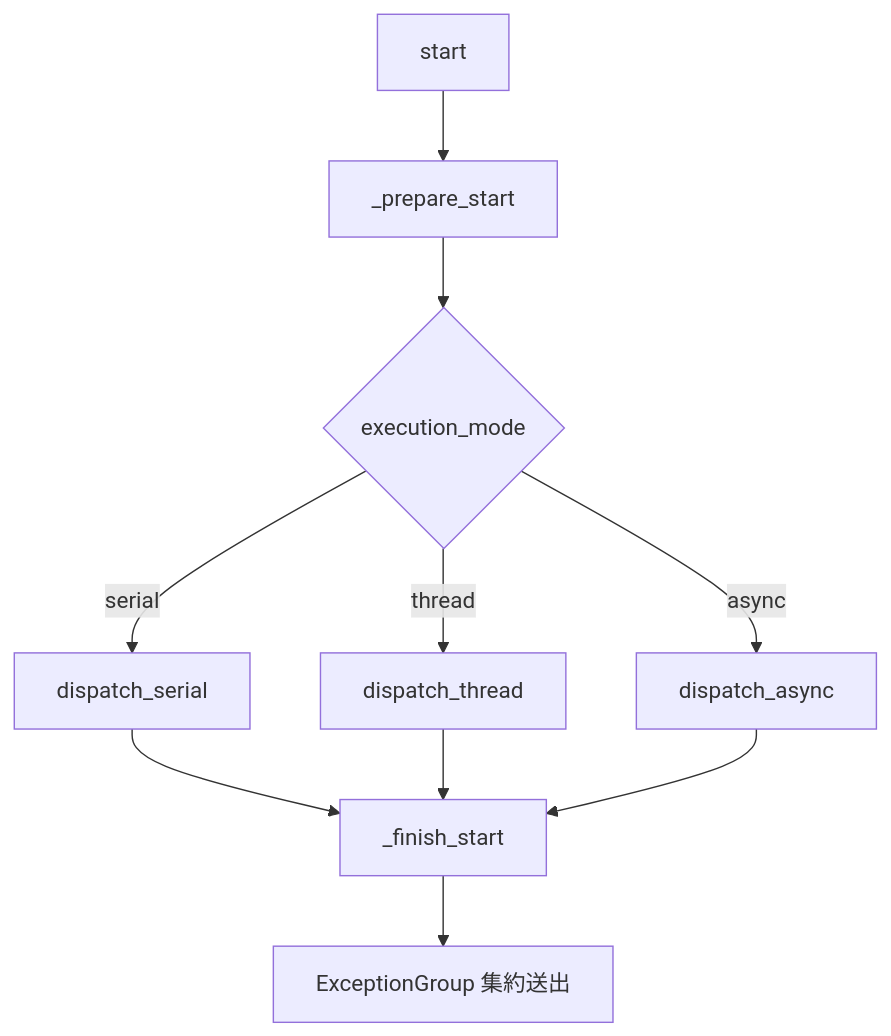
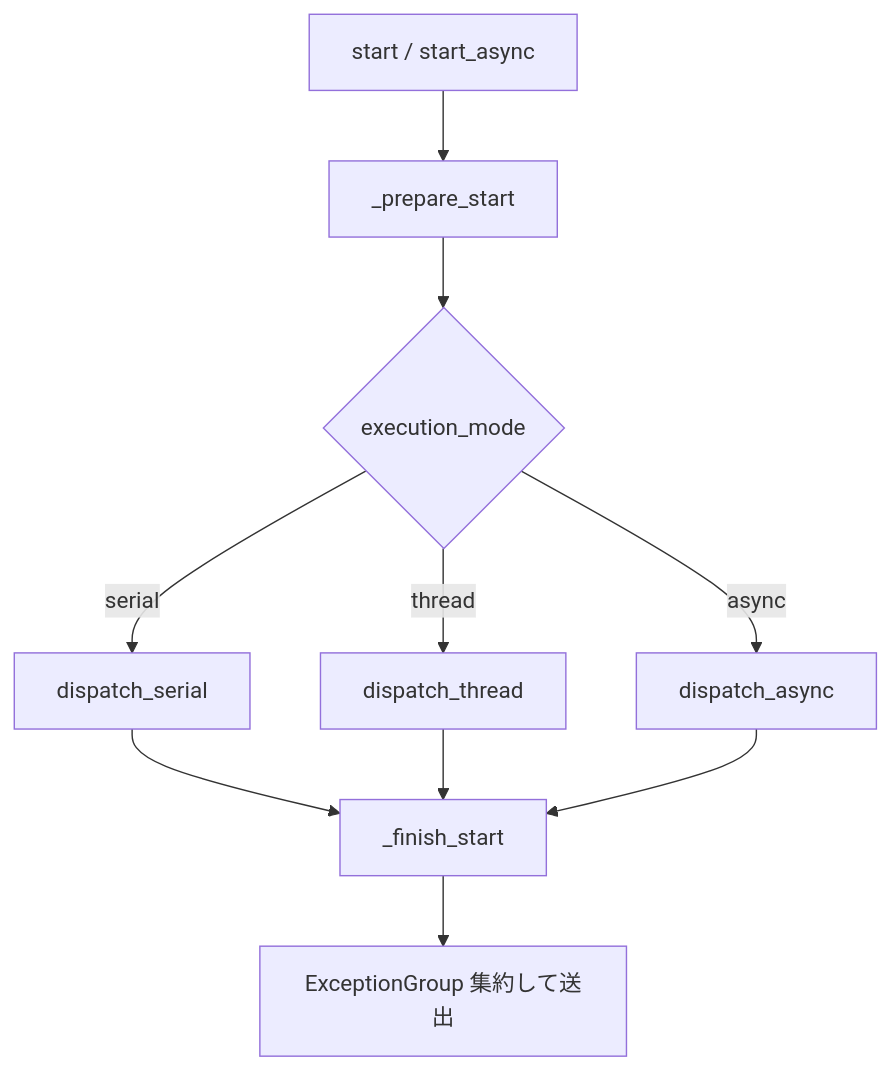
One commit to Mr-xiaotian/CelestialFlow changed the diagram in docs/ja/tests/node/test_node.md. Above: the diagram before and after it, drawn with Mermaid. The commit also changed other lines of this file and 211 other files, not shown here.

````diff
--- a/docs/ja/tests/node/test_node.md
+++ b/docs/ja/tests/node/test_node.md
@@ -42,21 +44,21 @@
 ```mermaid
 flowchart TB
-    Start[start]
+    Start[start / start_async]
     Prep[_prepare_start]
     Mode{execution_mode}
     Serial[dispatch_serial]
     Thread[dispatch_thread]
     Async[dispatch_async]
     Finish[_finish_start]
-    Agg[ExceptionGroup 集約送出]
+    Agg[ExceptionGroup 集約して送出]
 
     Start --> Prep
     Prep --> Mode
     Mode -- serial --> Serial
     Mode -- thread --> Thread
     Mode -- async --> Async
     Serial --> Finish
     Thread --> Finish
     Async --> Finish
     Finish --> Agg
 ```
````
